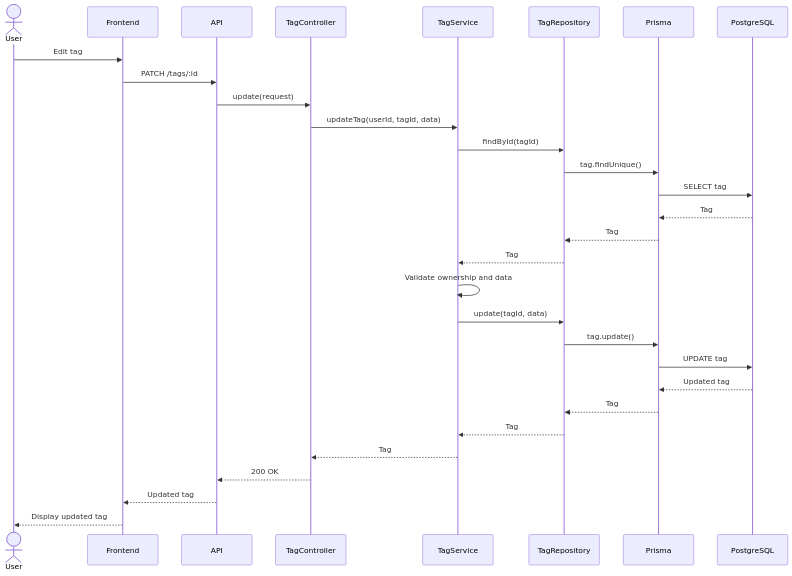
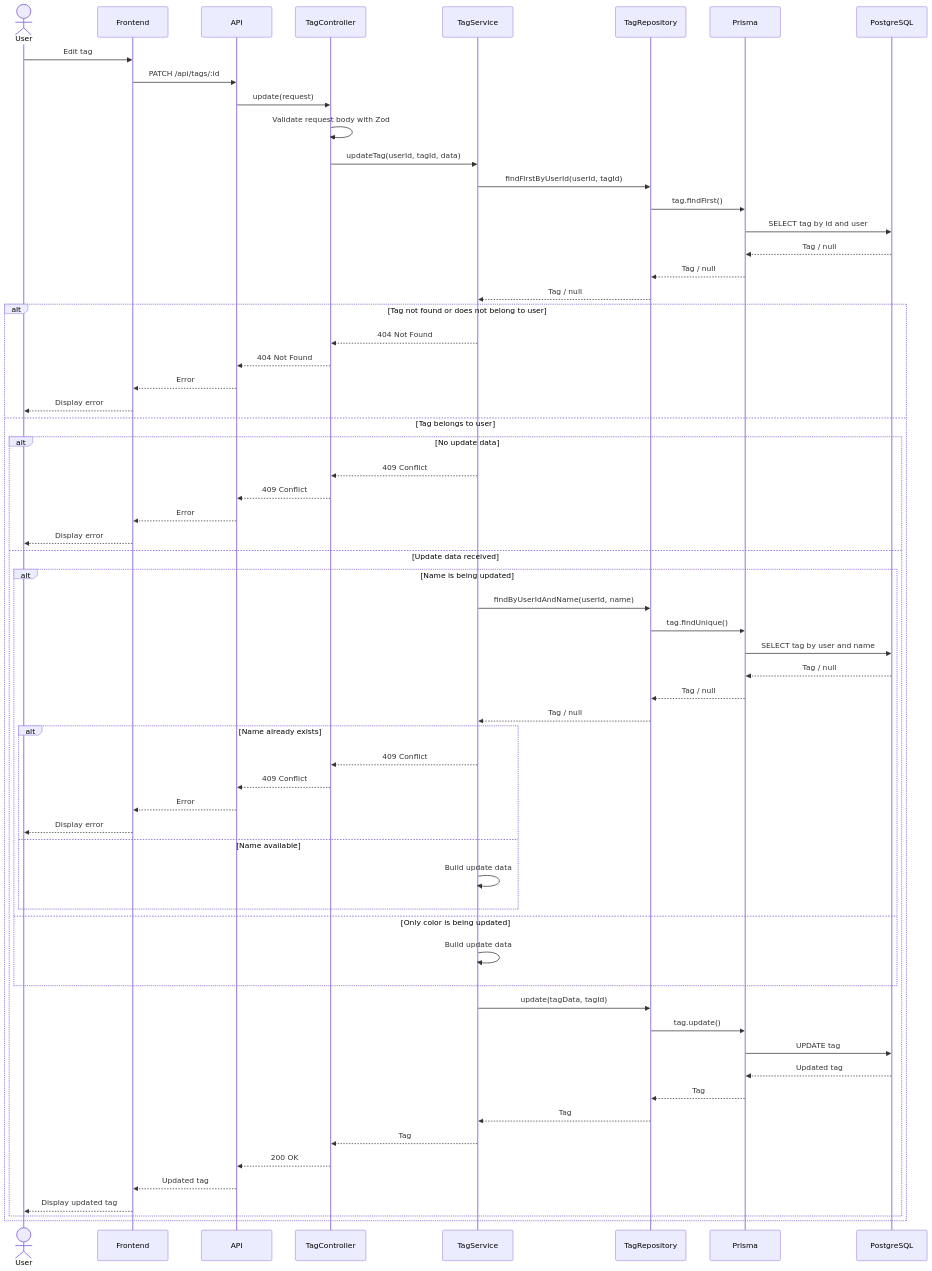
One commit to davihenriquedev1/prodixus changed the diagram in docs/diagrams/sequence-diagrams/tag/update.md. Above: the diagram before and after it, drawn with Mermaid. The commit also changed other lines of this file and 3 other files, not shown here.

Commit message:
docs(tag): update tag sequence diagrams

````diff
--- a/docs/diagrams/sequence-diagrams/tag/update.md
+++ b/docs/diagrams/sequence-diagrams/tag/update.md
@@ -3,61 +3,76 @@
 ```mermaid
 sequenceDiagram
 
     actor User
-
     participant Frontend
-
     participant API
-
     participant TagController
-
     participant TagService
-
     participant TagRepository
-
     participant Prisma
-
     participant PostgreSQL
 
     User->>Frontend: Edit tag
 
-    Frontend->>API: PATCH /tags/:id
+    Frontend->>API: PATCH /api/tags/:id
+    API->>TagController: update(request)
 
-    API->>TagController: update(request)
+    TagController->>TagController: Validate request body with Zod
 
     TagController->>TagService: updateTag(userId, tagId, data)
 
-    TagService->>TagRepository: findById(tagId)
+    TagService->>TagRepository: findFirstByUserId(userId, tagId)
+    TagRepository->>Prisma: tag.findFirst()
+    Prisma->>PostgreSQL: SELECT tag by id and user
+    PostgreSQL-->>Prisma: Tag / null
+    Prisma-->>TagRepository: Tag / null
+    TagRepository-->>TagService: Tag / null
 
-    TagRepository->>Prisma: tag.findUnique()
+    alt Tag not found or does not belong to user
+        TagService-->>TagController: 404 Not Found
+        TagController-->>API: 404 Not Found
+        API-->>Frontend: Error
+        Frontend-->>User: Display error
+    else Tag belongs to user
 
-    Prisma->>PostgreSQL: SELECT tag
+        alt No update data
+            TagService-->>TagController: 409 Conflict
+            TagController-->>API: 409 Conflict
+            API-->>Frontend: Error
+            Frontend-->>User: Display error
+        else Update data received
 
-    PostgreSQL-->>Prisma: Tag
+            alt Name is being updated
+                TagService->>TagRepository: findByUserIdAndName(userId, name)
+                TagRepository->>Prisma: tag.findUnique()
+                Prisma->>PostgreSQL: SELECT tag by user and name
+                PostgreSQL-->>Prisma: Tag / null
+                Prisma-->>TagRepository: Tag / null
+                TagRepository-->>TagService: Tag / null
 
-    Prisma-->>TagRepository: Tag
+                alt Name already exists
+                    TagService-->>TagController: 409 Conflict
+                    TagController-->>API: 409 Conflict
+                    API-->>Frontend: Error
+                    Frontend-->>User: Display error
+                else Name available
+                    TagService->>TagService: Build update data
+                end
+            else Only color is being updated
+                TagService->>TagService: Build update data
+            end
 
-    TagRepository-->>TagService: Tag
+            TagService->>TagRepository: update(tagData, tagId)
+            TagRepository->>Prisma: tag.update()
+            Prisma->>PostgreSQL: UPDATE tag
+            PostgreSQL-->>Prisma: Updated tag
+            Prisma-->>TagRepository: Tag
+            TagRepository-->>TagService: Tag
 
-    TagService->>TagService: Validate ownership and data
-
-    TagService->>TagRepository: update(tagId, data)
-
-    TagRepository->>Prisma: tag.update()
-
-    Prisma->>PostgreSQL: UPDATE tag
-
-    PostgreSQL-->>Prisma: Updated tag
-
-    Prisma-->>TagRepository: Tag
-
-    TagRepository-->>TagService: Tag
-
-    TagService-->>TagController: Tag
-
-    TagController-->>API: 200 OK
-
-    API-->>Frontend: Updated tag
-
-    Frontend-->>User: Display updated tag
+            TagService-->>TagController: Tag
+            TagController-->>API: 200 OK
+            API-->>Frontend: Updated tag
+            Frontend-->>User: Display updated tag
+        end
+    end
 ```
````
